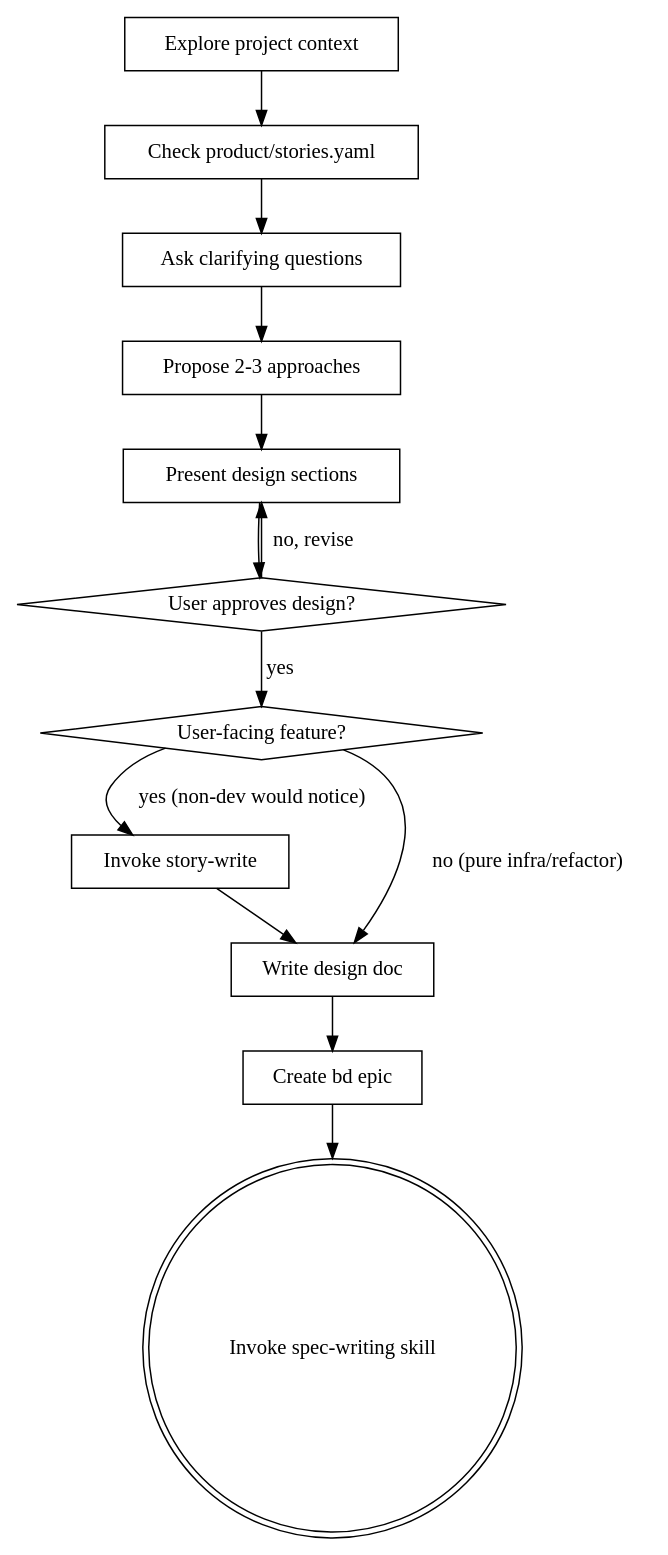
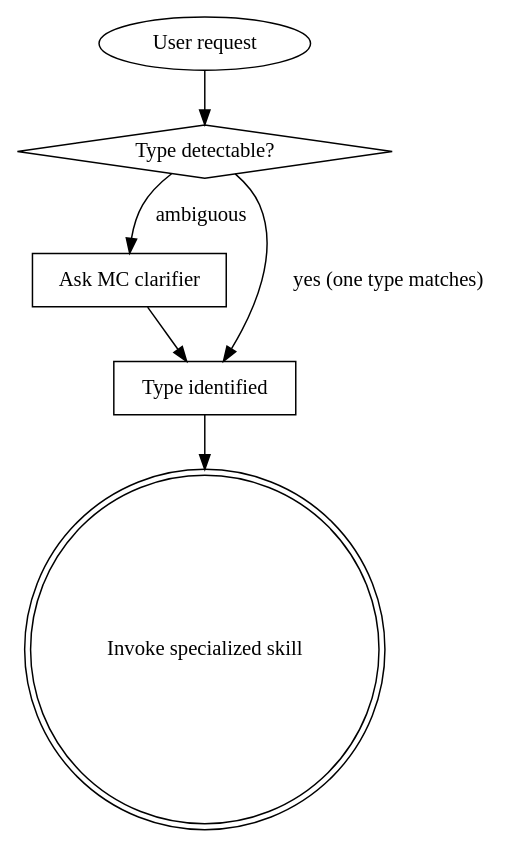
One commit to b3tchi/dotfiles changed the diagram in claude/marketplace/plugins/infinifu/skills/idea-brainstorming/SKILL.md. Above: the diagram before and after it, drawn with Graphviz. The commit also changed other lines of this file and 6 other files, not shown here.

````diff
--- a/claude/marketplace/plugins/infinifu/skills/idea-brainstorming/SKILL.md
+++ b/claude/marketplace/plugins/infinifu/skills/idea-brainstorming/SKILL.md
@@ -56,28 +33,15 @@
 ```dot
-digraph brainstorming {
-    "Explore project context" [shape=box];
-    "Check product/stories.yaml" [shape=box];
-    "Ask clarifying questions" [shape=box];
-    "Propose 2-3 approaches" [shape=box];
-    "Present design sections" [shape=box];
-    "User approves design?" [shape=diamond];
-    "User-facing feature?" [shape=diamond];
-    "Invoke story-write" [shape=box];
-    "Write design doc" [shape=box];
-    "Create bd epic" [shape=box];
-    "Invoke spec-writing skill" [shape=doublecircle];
+digraph route {
+    "User request" [shape=oval];
+    "Type detectable?" [shape=diamond];
+    "Ask MC clarifier" [shape=box];
+    "Type identified" [shape=box];
+    "Invoke specialized skill" [shape=doublecircle];
 
-    "Explore project context" -> "Check product/stories.yaml";
-    "Check product/stories.yaml" -> "Ask clarifying questions";
-    "Ask clarifying questions" -> "Propose 2-3 approaches";
-    "Propose 2-3 approaches" -> "Present design sections";
-    "Present design sections" -> "User approves design?";
-    "User approves design?" -> "Present design sections" [label="no, revise"];
-    "User approves design?" -> "User-facing feature?" [label="yes"];
-    "User-facing feature?" -> "Invoke story-write" [label="yes (non-dev would notice)"];
-    "User-facing feature?" -> "Write design doc" [label="no (pure infra/refactor)"];
-    "Invoke story-write" -> "Write design doc";
-    "Write design doc" -> "Create bd epic";
-    "Create bd epic" -> "Invoke spec-writing skill";
+    "User request" -> "Type detectable?";
+    "Type detectable?" -> "Type identified" [label="yes (one type matches)"];
+    "Type detectable?" -> "Ask MC clarifier" [label="ambiguous"];
+    "Ask MC clarifier" -> "Type identified";
+    "Type identified" -> "Invoke specialized skill";
 }
 ```
````
